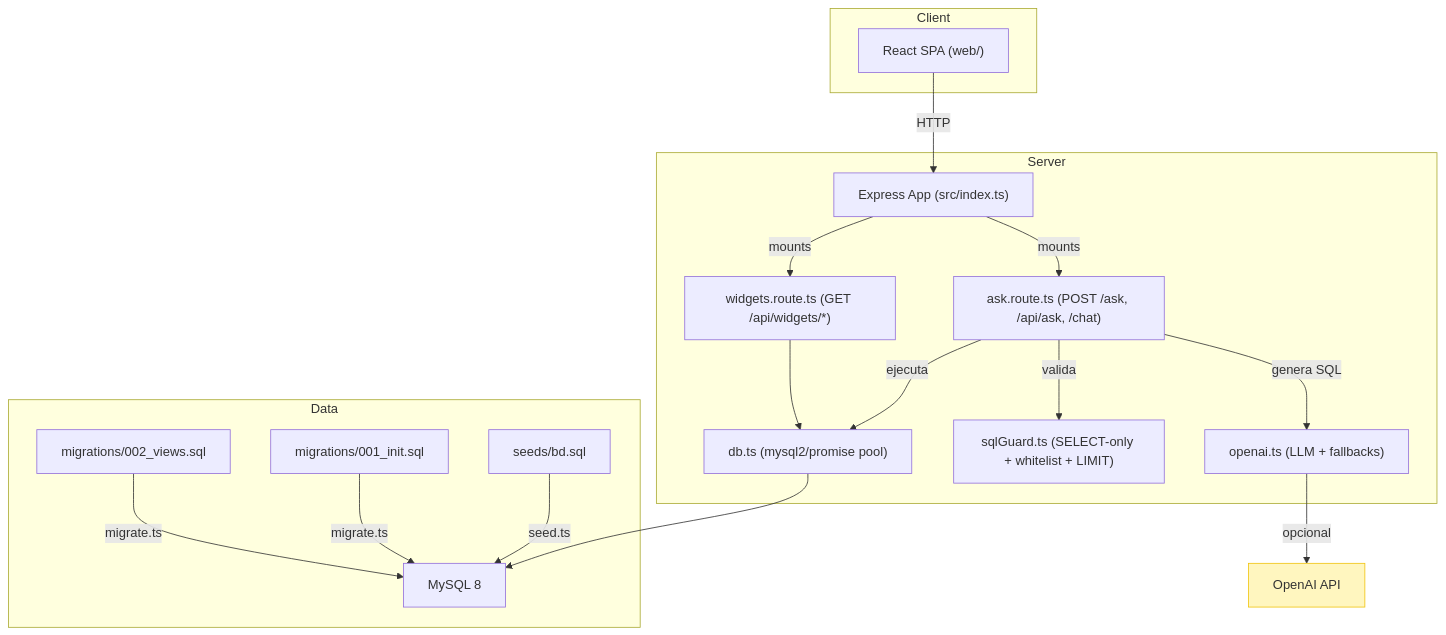
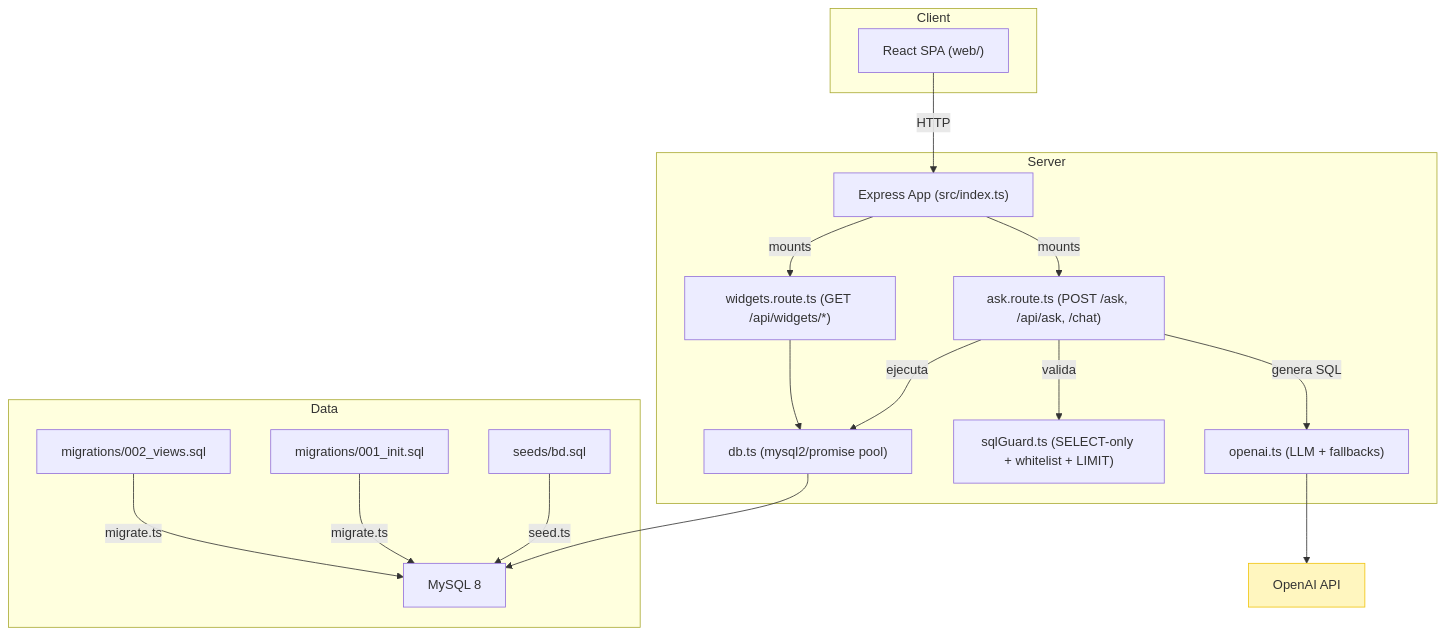
One commit to pepegoterass/sql-a-lenguaje-natural changed the first of 4 diagrams in docs/ARQUITECTURA.md. Above: the diagram before and after it, drawn with Mermaid.

Commit message:
docs(arquitectura): quitar etiqueta 'opcional' del enlace a OpenAI API y corregir render Mermaid

````diff
--- a/docs/ARQUITECTURA.md
+++ b/docs/ARQUITECTURA.md
@@ -7,35 +7,35 @@
 ```mermaid
 graph TD
   subgraph Client
     Web["React SPA (web/)"]
   end
   subgraph Server
     Express["Express App (src/index.ts)"]
     AskRoute["ask.route.ts (POST /ask, /api/ask, /chat)"]
     WidgetsRoute["widgets.route.ts (GET /api/widgets/*)"]
     OpenAI["openai.ts (LLM + fallbacks)"]
     Guard["sqlGuard.ts (SELECT-only + whitelist + LIMIT)"]
     DBLayer["db.ts (mysql2/promise pool)"]
   end
   subgraph Data
     MySQL["MySQL 8"]
     Seeds["seeds/bd.sql"]
     Mig1["migrations/001_init.sql"]
     Mig2["migrations/002_views.sql"]
   end
 
   Web -->|HTTP| Express
   Express -->|mounts| AskRoute
   Express -->|mounts| WidgetsRoute
   AskRoute -->|genera SQL| OpenAI
   AskRoute -->|valida| Guard
   AskRoute -->|ejecuta| DBLayer
   WidgetsRoute --> DBLayer
   DBLayer --> MySQL
   Seeds -->|seed.ts| MySQL
   Mig1 -->|migrate.ts| MySQL
   Mig2 -->|migrate.ts| MySQL
-  OpenAI -->|opcional| OpenAIAPI["OpenAI API"]
+  OpenAI --> OpenAIAPI["OpenAI API"]
 
   style OpenAIAPI fill:#FFF6BF,stroke:#F1C40F
 ```
````
